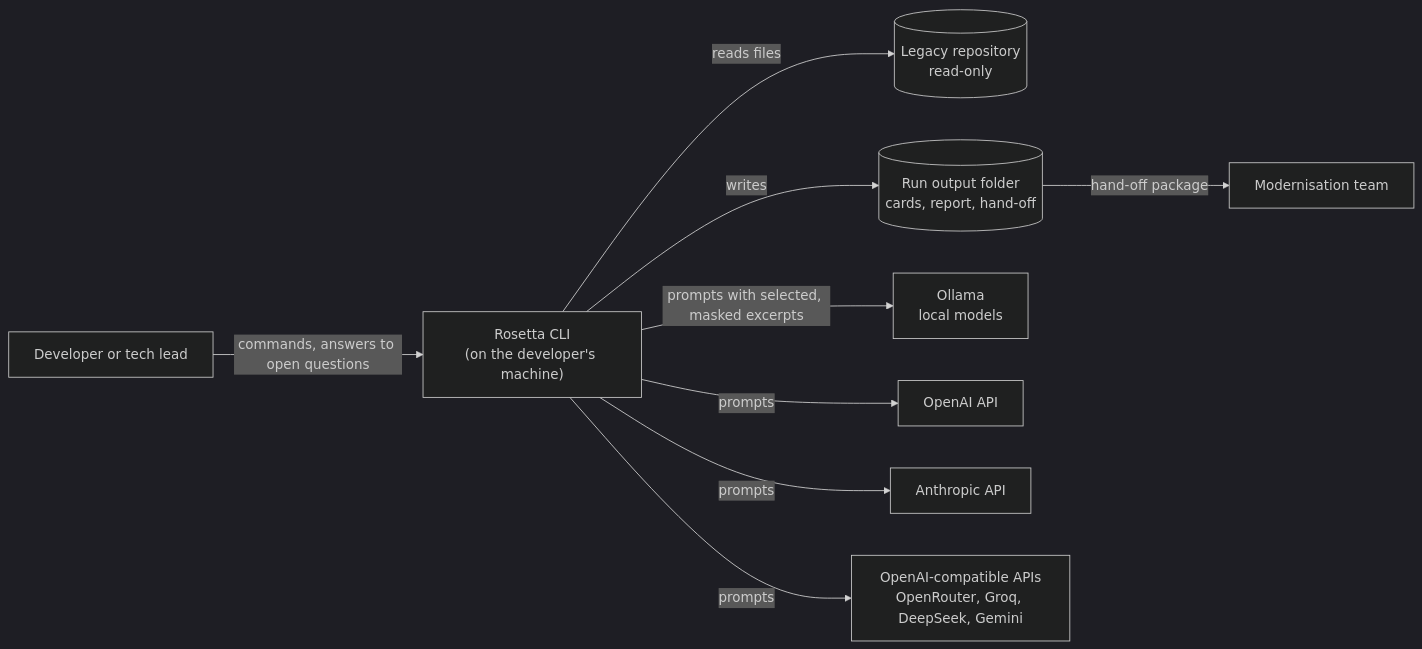
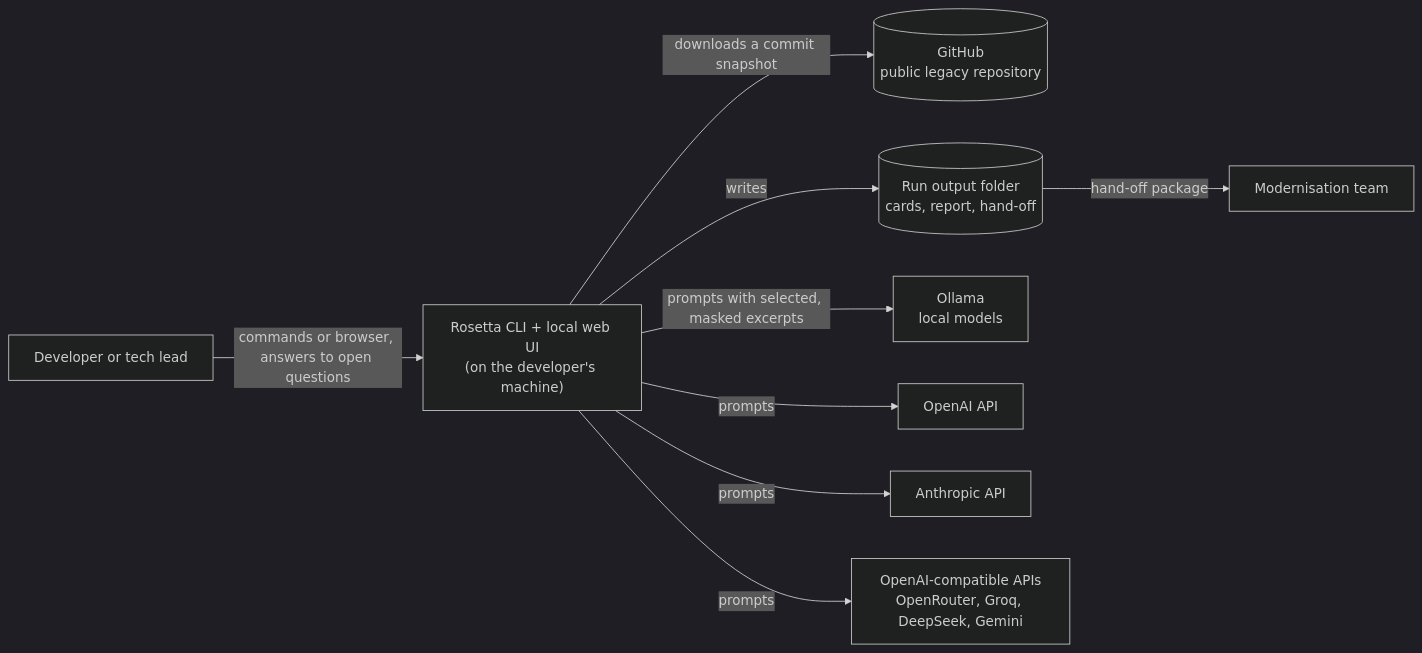
Before and after one commit to blacklight0101/Rosetta: the first of 4 diagrams in docs/rfc/RFC-001-rosetta.md, drawn with Mermaid (dark theme). The commit also changed other lines of this file and 32 other files, not shown here.

First line of the commit message:
docs: P0 architecture, data model, web UI, design system (G-02) (#2)

````diff
--- a/docs/rfc/RFC-001-rosetta.md
+++ b/docs/rfc/RFC-001-rosetta.md
@@ -109,20 +116,20 @@
 ```mermaid
 flowchart LR
   DEV[Developer or tech lead]
-  RST["Rosetta CLI<br/>(on the developer's machine)"]
-  REPO[(Legacy repository<br/>read-only)]
+  RST["Rosetta CLI + local web UI<br/>(on the developer's machine)"]
+  GH[(GitHub<br/>public legacy repository)]
   OUT[(Run output folder<br/>cards, report, hand-off)]
   OLL[Ollama<br/>local models]
   OAI[OpenAI API]
   ANT[Anthropic API]
   OCP[OpenAI-compatible APIs<br/>OpenRouter, Groq, DeepSeek, Gemini]
   TEAM[Modernisation team]
-  DEV -- commands, answers to open questions --> RST
-  RST -- reads files --> REPO
+  DEV -- commands or browser, answers to open questions --> RST
+  RST -- downloads a commit snapshot --> GH
   RST -- writes --> OUT
   RST -- prompts with selected, masked excerpts --> OLL
   RST -- prompts --> OAI
   RST -- prompts --> ANT
   RST -- prompts --> OCP
   OUT -- hand-off package --> TEAM
 ```
````
